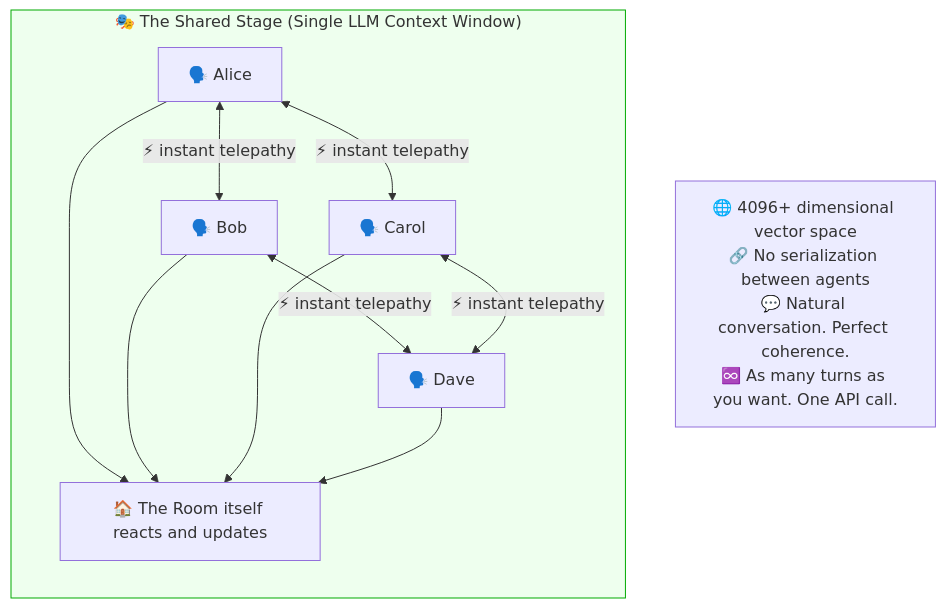
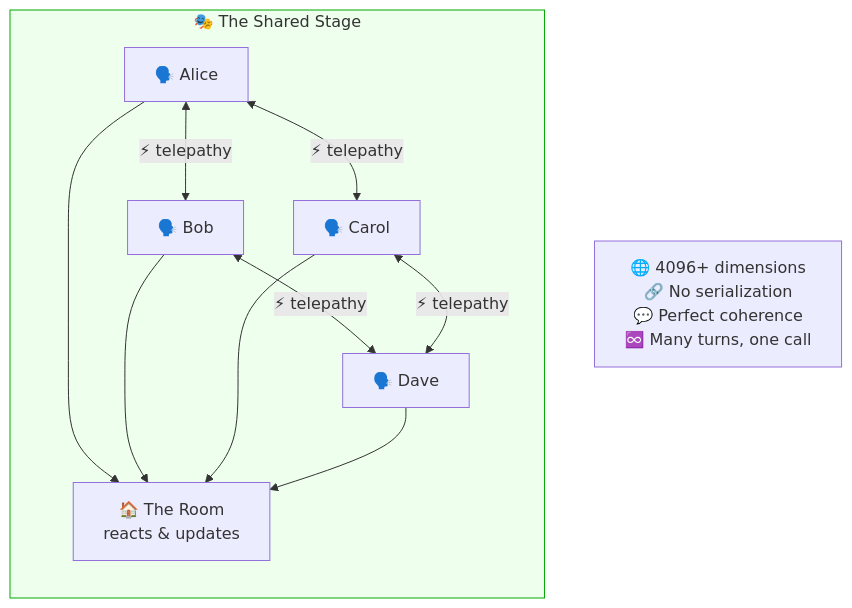
Before and after one commit to SimHacker/moollm: the second of 7 diagrams in designs/SPEED-OF-LIGHT-VS-CARRIER-PIGEON.md, drawn with Mermaid.

Commit message:
Fix clipping in Speed of Light diagram - shorter labels, line breaks

````diff
--- a/designs/SPEED-OF-LIGHT-VS-CARRIER-PIGEON.md
+++ b/designs/SPEED-OF-LIGHT-VS-CARRIER-PIGEON.md
@@ -63,19 +63,19 @@
 ```mermaid
 flowchart TB
-    subgraph Stage["🎭 The Shared Stage (Single LLM Context Window)"]
+    subgraph Stage["🎭 The Shared Stage"]
         direction TB
-        Alice["🗣️ Alice"] <-->|"⚡ instant telepathy"| Bob["🗣️ Bob"]
-        Alice <-->|"⚡ instant telepathy"| Carol["🗣️ Carol"]
-        Bob <-->|"⚡ instant telepathy"| Dave["🗣️ Dave"]
-        Carol <-->|"⚡ instant telepathy"| Dave
-        Room["🏠 The Room itself reacts and updates"]
+        Alice["🗣️ Alice"] <-->|"⚡ telepathy"| Bob["🗣️ Bob"]
+        Alice <-->|"⚡ telepathy"| Carol["🗣️ Carol"]
+        Bob <-->|"⚡ telepathy"| Dave["🗣️ Dave"]
+        Carol <-->|"⚡ telepathy"| Dave
+        Room["🏠 The Room<br/>reacts & updates"]
         Alice --> Room
         Bob --> Room
         Carol --> Room
         Dave --> Room
     end
     
-    Note1["🌐 4096+ dimensional vector space<br/>🔗 No serialization between agents<br/>💬 Natural conversation. Perfect coherence.<br/>♾️ As many turns as you want. One API call."]
+    Note1["🌐 4096+ dimensions<br/>🔗 No serialization<br/>💬 Perfect coherence<br/>♾️ Many turns, one call"]
     
     style Stage fill:#efe,stroke:#0a0
 ```
````
